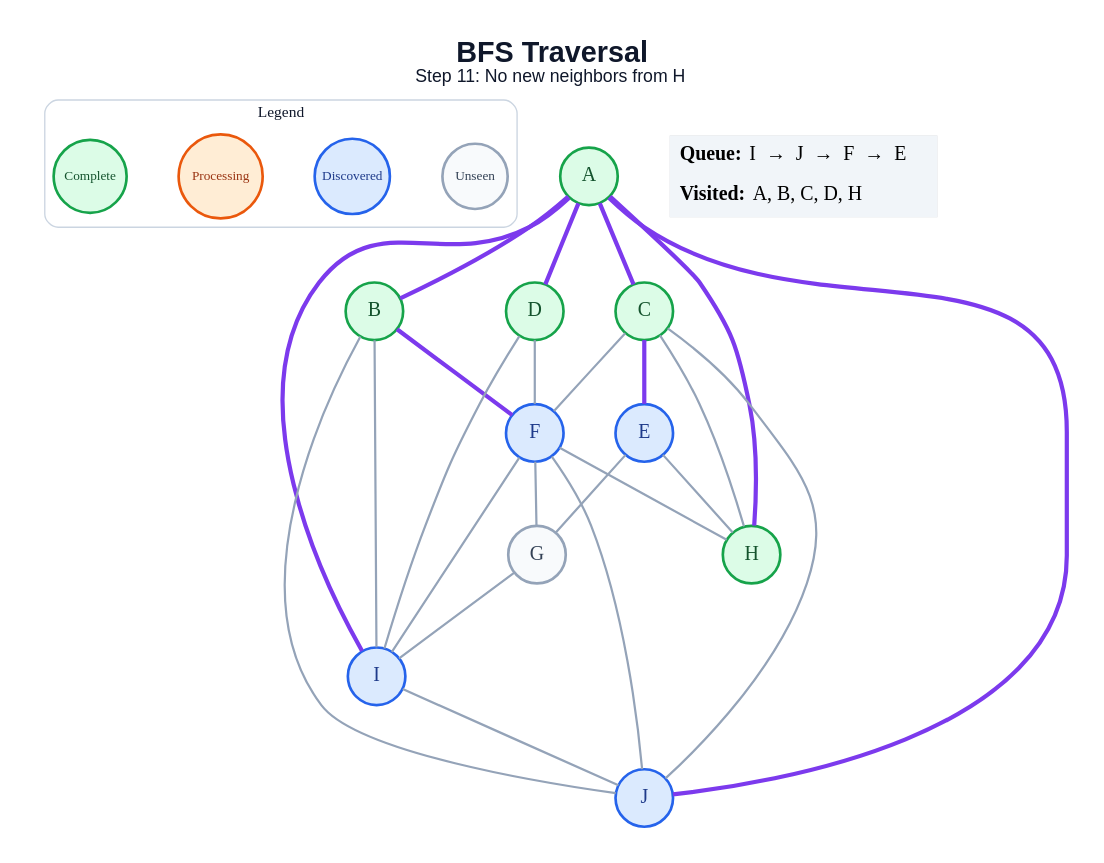
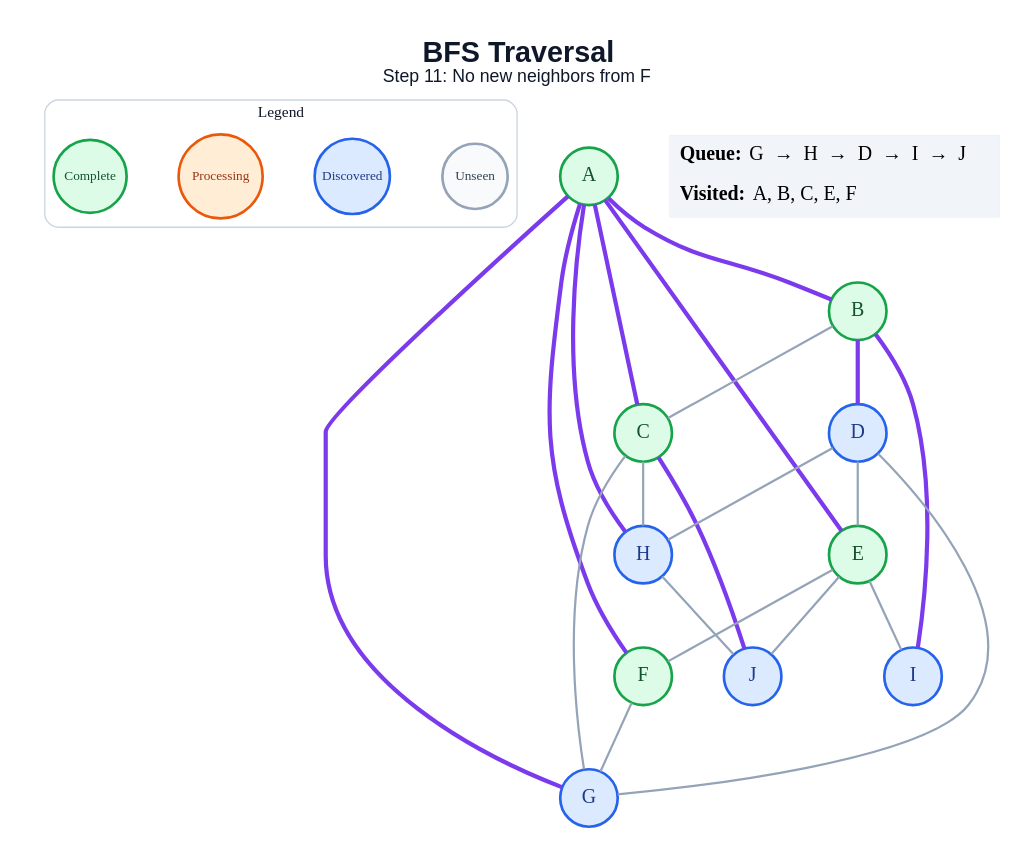
The diagram in generated/bfs/step_11.dot (amanghodawala9/ai-slop), drawn with Graphviz before and after one commit. The commit also changed 178 other files, not shown here.

```diff
--- a/generated/bfs/step_11.dot
+++ b/generated/bfs/step_11.dot
@@ -1,52 +1,49 @@
 graph traversal {
   graph [layout=dot, rankdir=TB, bgcolor="#FFFFFF", pad="0.35", nodesep="0.65", ranksep="0.8", fontname="Arial"];
   node [shape=circle, style="filled", fontname="Arial Bold", fontsize=18, width=0.72, fixedsize=true, penwidth=2.4];
   edge [color="#94A3B8", penwidth=2.0];
-  label=<<B>BFS Traversal</B><BR/><FONT POINT-SIZE="16">Step 11: No new neighbors from H</FONT>>; labelloc="t"; fontsize=26; fontname="Arial"; fontcolor="#0F172A";
+  label=<<B>BFS Traversal</B><BR/><FONT POINT-SIZE="16">Step 11: No new neighbors from F</FONT>>; labelloc="t"; fontsize=26; fontname="Arial"; fontcolor="#0F172A";
   subgraph cluster_legend { label="Legend"; color="#CBD5E1"; penwidth=1.2; style="rounded"; fontsize=14; fontname="Arial Bold";
     key_unseen [label="Unseen", fillcolor="#F8FAFC", color="#94A3B8", fontcolor="#334155", fontsize=12, width=0.82];
     key_frontier [label="Discovered", fillcolor="#DBEAFE", color="#2563EB", fontcolor="#1E3A8A", fontsize=12, width=0.95];
     key_current [label="Processing", fillcolor="#FFEDD5", color="#EA580C", fontcolor="#9A3412", fontsize=12, width=1.05];
     key_done [label="Complete", fillcolor="#DCFCE7", color="#16A34A", fontcolor="#14532D", fontsize=12, width=0.92];
     { rank=same; key_unseen; key_frontier; key_current; key_done; }
   }
   A [fillcolor="#DCFCE7", color="#16A34A", fontcolor="#14532D"];
   B [fillcolor="#DCFCE7", color="#16A34A", fontcolor="#14532D"];
   C [fillcolor="#DCFCE7", color="#16A34A", fontcolor="#14532D"];
-  D [fillcolor="#DCFCE7", color="#16A34A", fontcolor="#14532D"];
-  E [fillcolor="#DBEAFE", color="#2563EB", fontcolor="#1E3A8A"];
-  F [fillcolor="#DBEAFE", color="#2563EB", fontcolor="#1E3A8A"];
-  G [fillcolor="#F8FAFC", color="#94A3B8", fontcolor="#334155"];
-  H [fillcolor="#DCFCE7", color="#16A34A", fontcolor="#14532D"];
+  D [fillcolor="#DBEAFE", color="#2563EB", fontcolor="#1E3A8A"];
+  E [fillcolor="#DCFCE7", color="#16A34A", fontcolor="#14532D"];
+  F [fillcolor="#DCFCE7", color="#16A34A", fontcolor="#14532D"];
+  G [fillcolor="#DBEAFE", color="#2563EB", fontcolor="#1E3A8A"];
+  H [fillcolor="#DBEAFE", color="#2563EB", fontcolor="#1E3A8A"];
   I [fillcolor="#DBEAFE", color="#2563EB", fontcolor="#1E3A8A"];
   J [fillcolor="#DBEAFE", color="#2563EB", fontcolor="#1E3A8A"];
   A -- B [color="#7C3AED", penwidth=3.8];
   A -- C [color="#7C3AED", penwidth=3.8];
-  A -- D [color="#7C3AED", penwidth=3.8];
+  A -- E [color="#7C3AED", penwidth=3.8];
+  A -- F [color="#7C3AED", penwidth=3.8];
+  A -- G [color="#7C3AED", penwidth=3.8];
   A -- H [color="#7C3AED", penwidth=3.8];
-  A -- I [color="#7C3AED", penwidth=3.8];
-  A -- J [color="#7C3AED", penwidth=3.8];
-  B -- F [color="#7C3AED", penwidth=3.8];
-  B -- I;
-  B -- J;
-  C -- E [color="#7C3AED", penwidth=3.8];
-  C -- F;
+  B -- C;
+  B -- D [color="#7C3AED", penwidth=3.8];
+  B -- I [color="#7C3AED", penwidth=3.8];
+  C -- G;
   C -- H;
-  C -- J;
-  D -- F;
-  D -- I;
-  E -- G;
-  E -- H;
+  C -- J [color="#7C3AED", penwidth=3.8];
+  D -- E;
+  D -- G;
+  D -- H;
+  E -- F;
+  E -- I;
+  E -- J;
   F -- G;
-  F -- H;
-  F -- I;
-  F -- J;
-  G -- I;
-  I -- J;
+  H -- J;
   status [shape=plain, fixedsize=false, width=0, height=0, margin=0, label=<
     <TABLE BORDER="0" CELLBORDER="0" CELLPADDING="7" BGCOLOR="#F1F5F9">
-      <TR><TD ALIGN="LEFT"><B>Queue:</B> I  →  J  →  F  →  E</TD></TR>
-      <TR><TD ALIGN="LEFT"><B>Visited:</B> A, B, C, D, H</TD></TR>
+      <TR><TD ALIGN="LEFT"><B>Queue:</B> G  →  H  →  D  →  I  →  J</TD></TR>
+      <TR><TD ALIGN="LEFT"><B>Visited:</B> A, B, C, E, F</TD></TR>
     </TABLE>
   >];
 }
```
